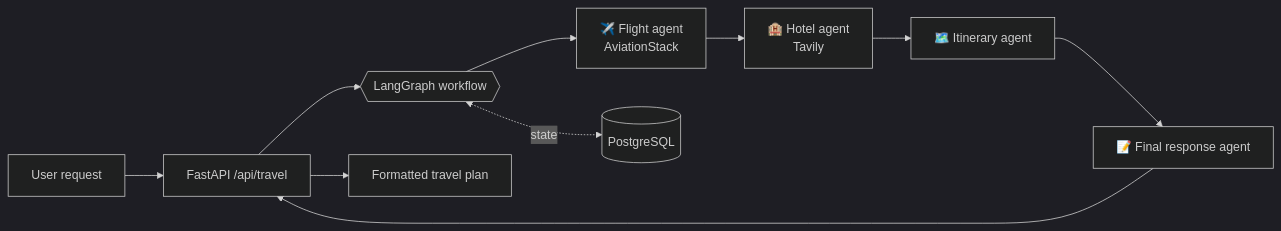
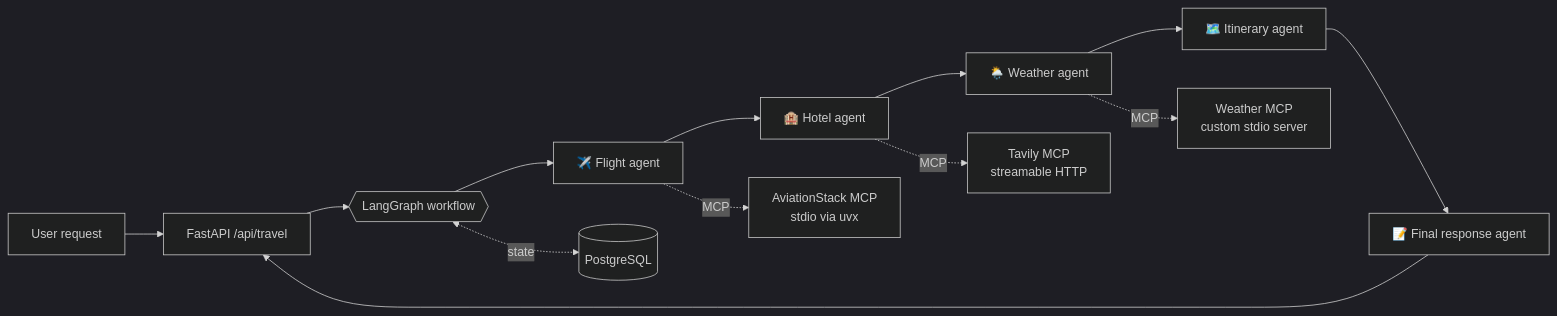
Before and after one commit to AdityaKulkarni233/helmsman-multi-agent-orchestrator: the diagram in Helmsman_with_mcp/README.md, drawn with Mermaid (dark theme). The commit also changed other lines of this file, not shown here.

First line of the commit message:
Revise README for MCP version updated

````diff
--- a/Helmsman_with_mcp/README.md
+++ b/Helmsman_with_mcp/README.md
@@ -52,12 +68,16 @@
 ```mermaid
 flowchart LR
     U[User request] --> API[FastAPI /api/travel]
     API --> G{{LangGraph workflow}}
-    G --> F[✈️ Flight agent<br/>AviationStack]
-    F --> H[🏨 Hotel agent<br/>Tavily]
-    H --> I[🗺️ Itinerary agent]
+    G --> F[✈️ Flight agent]
+    F --> H[🏨 Hotel agent]
+    H --> W[🌦️ Weather agent]
+    W --> I[🗺️ Itinerary agent]
     I --> R[📝 Final response agent]
     R --> API
     G <-.state.-> DB[(PostgreSQL)]
-    API --> U2[Formatted travel plan]
+
+    F -. MCP .-> AV[AviationStack MCP<br/>stdio via uvx]
+    H -. MCP .-> TV[Tavily MCP<br/>streamable HTTP]
+    W -. MCP .-> WX[Weather MCP<br/>custom stdio server]
 ```
````
